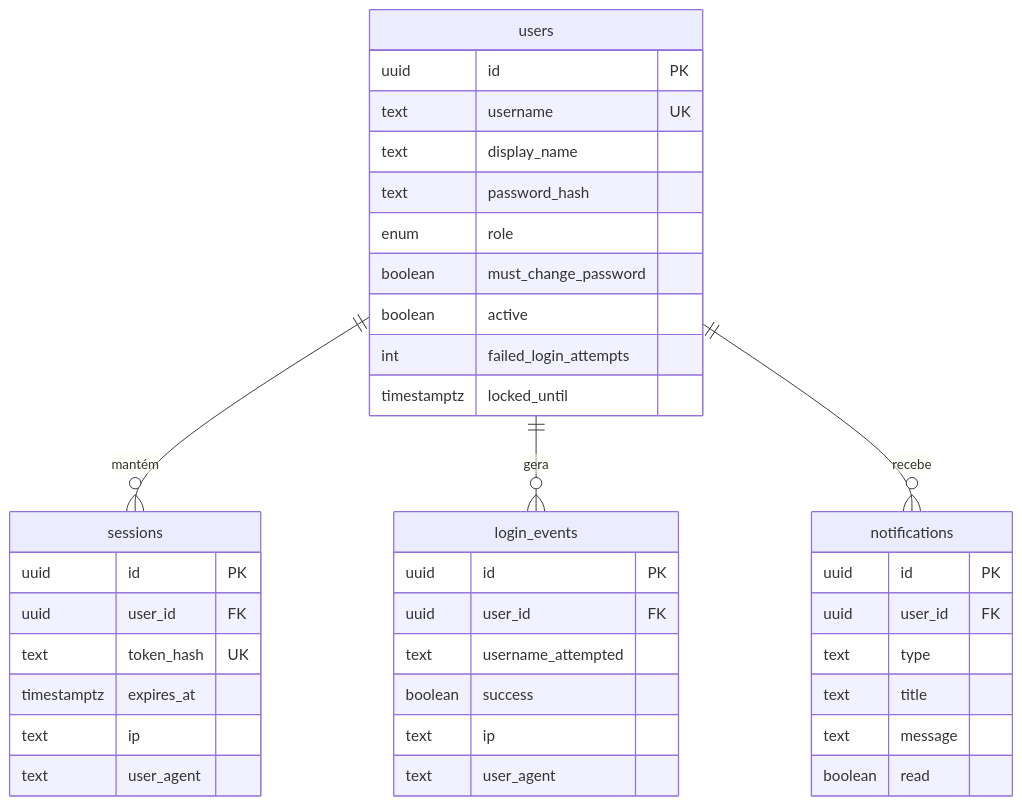
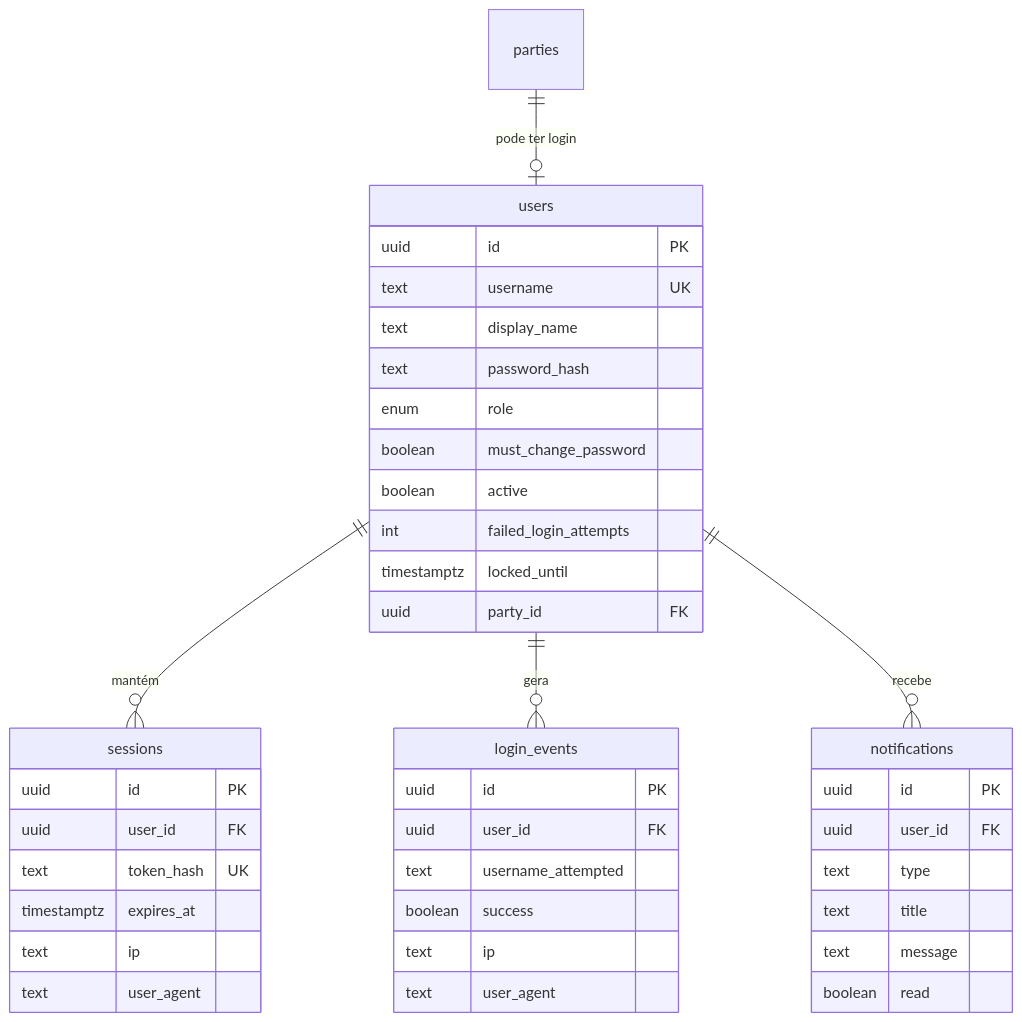
Before and after one commit to JoaoMudar/mudar: the second of 6 diagrams in docs/engenharia/C-modelagem/C6-modelo-entidade-relacionamento.md, drawn with Mermaid. The commit also changed other lines of this file and 33 other files, not shown here.

````diff
--- a/docs/engenharia/C-modelagem/C6-modelo-entidade-relacionamento.md
+++ b/docs/engenharia/C-modelagem/C6-modelo-entidade-relacionamento.md
@@ -125,42 +125,44 @@
 ```mermaid
 erDiagram
   users {
     uuid    id PK
     text    username UK
     text    display_name
     text    password_hash
     enum    role
     boolean must_change_password
     boolean active
     int     failed_login_attempts
     timestamptz locked_until
+    uuid    party_id FK
   }
   sessions {
     uuid id PK
     uuid user_id FK
     text token_hash UK
     timestamptz expires_at
     text ip
     text user_agent
   }
   login_events {
     uuid id PK
     uuid user_id FK
     text username_attempted
     boolean success
     text ip
     text user_agent
   }
   notifications {
     uuid id PK
     uuid user_id FK
     text type
     text title
     text message
     boolean read
   }
 
   users ||--o{ sessions     : "mantém"
   users ||--o{ login_events : "gera"
   users ||--o{ notifications: "recebe"
+  parties ||--o| users : "pode ter login"
 ```
````
